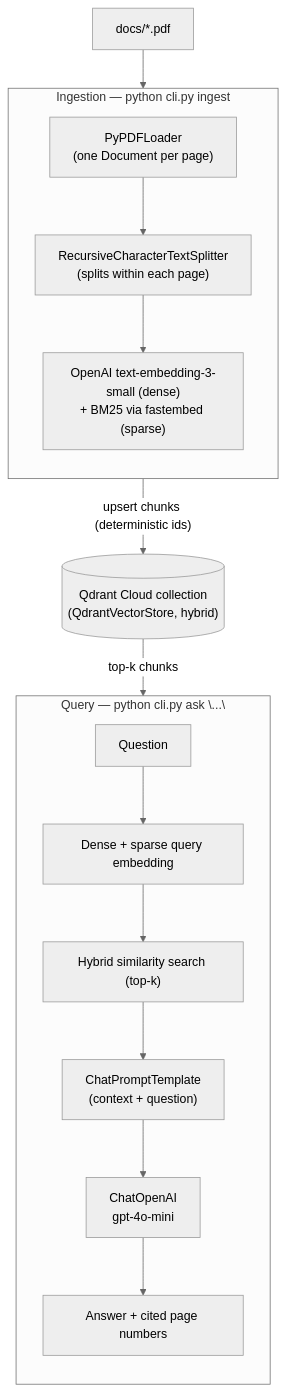
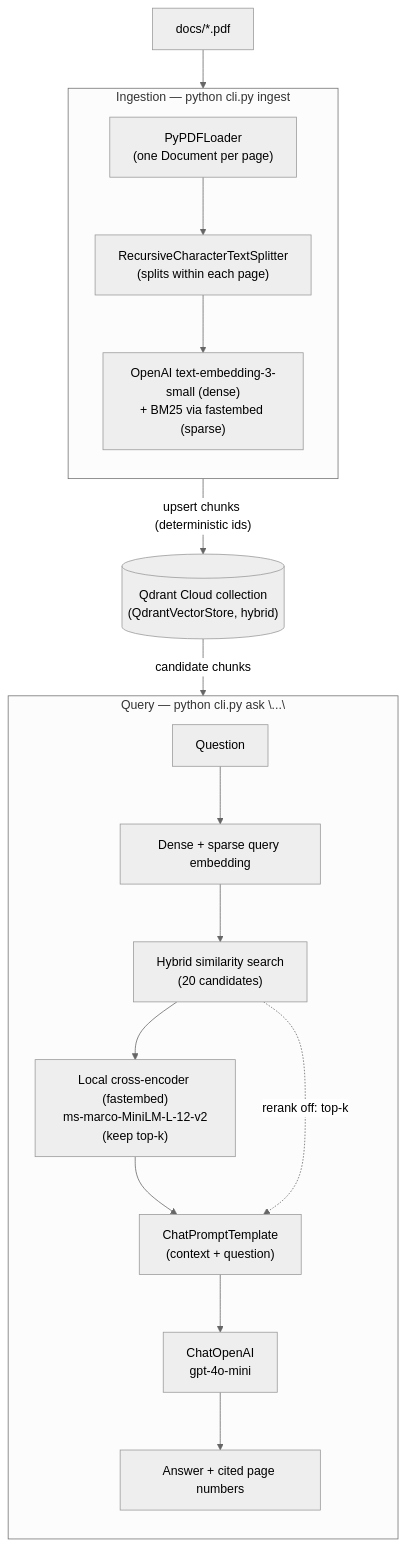
The first of 2 diagrams in README.md (achyutasvm/langchain_qdrant_vectordb), drawn with Mermaid (neutral theme) before and after one commit. The commit also changed other lines of this file and 5 other files, not shown here.

````diff
--- a/README.md
+++ b/README.md
@@ -15,29 +19,31 @@
 ```mermaid
 flowchart TB
     PDF["docs/*.pdf"]
 
     subgraph ingest["Ingestion — python cli.py ingest"]
         direction TB
         Loader["PyPDFLoader\n(one Document per page)"]
         Splitter["RecursiveCharacterTextSplitter\n(splits within each page)"]
         EmbedDocs["OpenAI text-embedding-3-small (dense)\n+ BM25 via fastembed (sparse)"]
         Loader --> Splitter --> EmbedDocs
     end
 
     Index[("Qdrant Cloud collection\n(QdrantVectorStore, hybrid)")]
 
     subgraph query["Query — python cli.py ask \"...\""]
         direction TB
         Question["Question"]
         EmbedQuery["Dense + sparse query embedding"]
-        Retrieve["Hybrid similarity search (top-k)"]
+        Retrieve["Hybrid similarity search\n(20 candidates)"]
+        Rerank["Local cross-encoder (fastembed)\nms-marco-MiniLM-L-12-v2\n(keep top-k)"]
         Prompt["ChatPromptTemplate\n(context + question)"]
         LLM["ChatOpenAI\ngpt-4o-mini"]
         Answer["Answer + cited page numbers"]
-        Question --> EmbedQuery --> Retrieve --> Prompt --> LLM --> Answer
+        Question --> EmbedQuery --> Retrieve --> Rerank --> Prompt --> LLM --> Answer
+        Retrieve -. "rerank off: top-k" .-> Prompt
     end
 
     PDF --> Loader
     EmbedDocs -- "upsert chunks (deterministic ids)" --> Index
-    Index -- "top-k chunks" --> Retrieve
+    Index -- "candidate chunks" --> Retrieve
 ```
````
